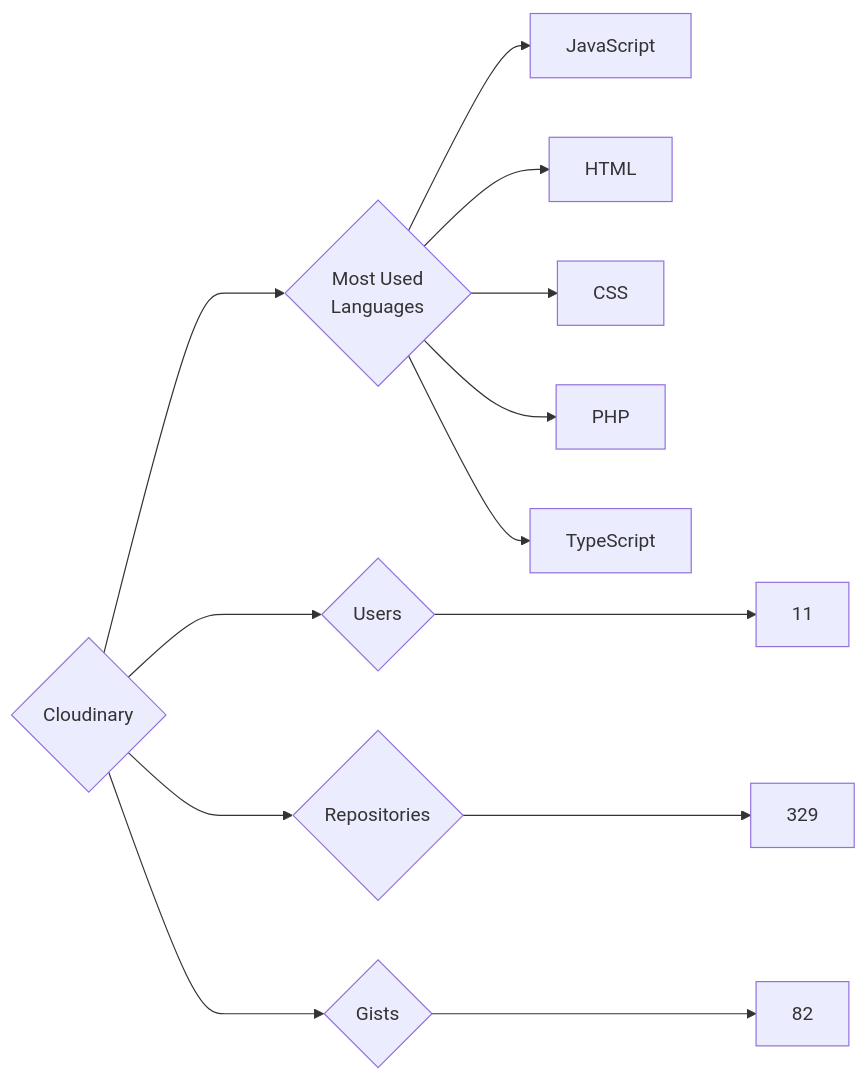
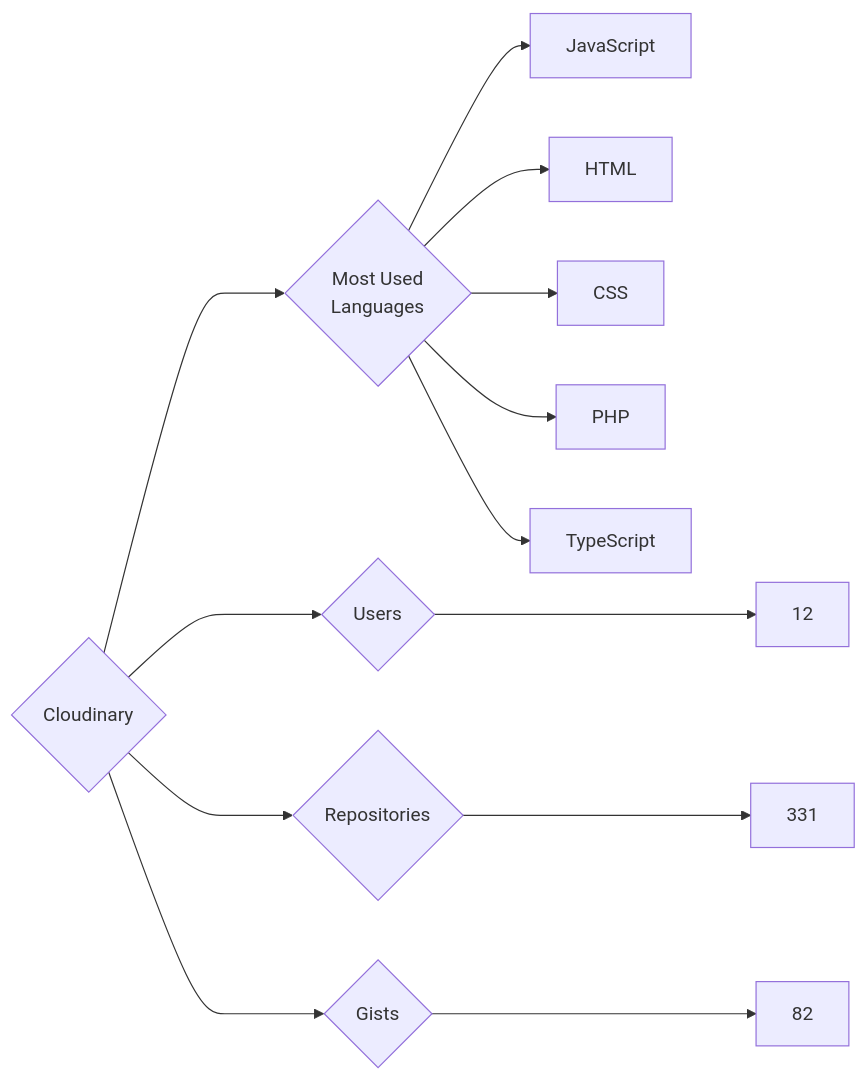
One commit to trickest/insiders changed the diagram in targets/Cloudinary/README.md. Above: the diagram before and after it, drawn with Mermaid. The commit also changed 1030 other files, not shown here.

````diff
--- a/targets/Cloudinary/README.md
+++ b/targets/Cloudinary/README.md
@@ -3,13 +3,13 @@
 ```mermaid
 graph LR
 COMPANY_NAME{Cloudinary}
-COMPANY_NAME ---> U{Users} ---> UN[11]
-COMPANY_NAME ---> R{Repositories} ---> RN[329]
+COMPANY_NAME ---> U{Users} ---> UN[12]
+COMPANY_NAME ---> R{Repositories} ---> RN[331]
 COMPANY_NAME ---> G{Gists} ---> GN[82]
 COMPANY_NAME ---> ML{Most Used<br>Languages}
 ML --> JavaScript[JavaScript]
 ML --> HTML[HTML]
 ML --> CSS[CSS]
 ML --> PHP[PHP]
 ML --> TypeScript[TypeScript]
 ```
````
